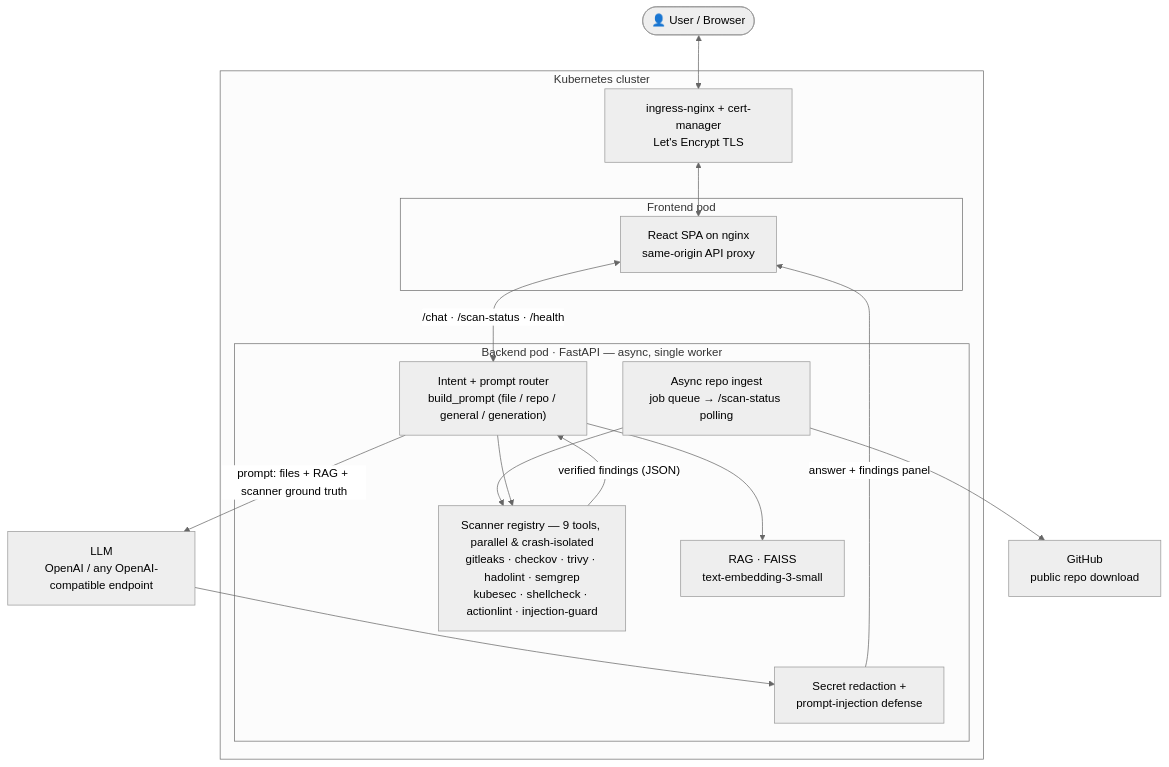
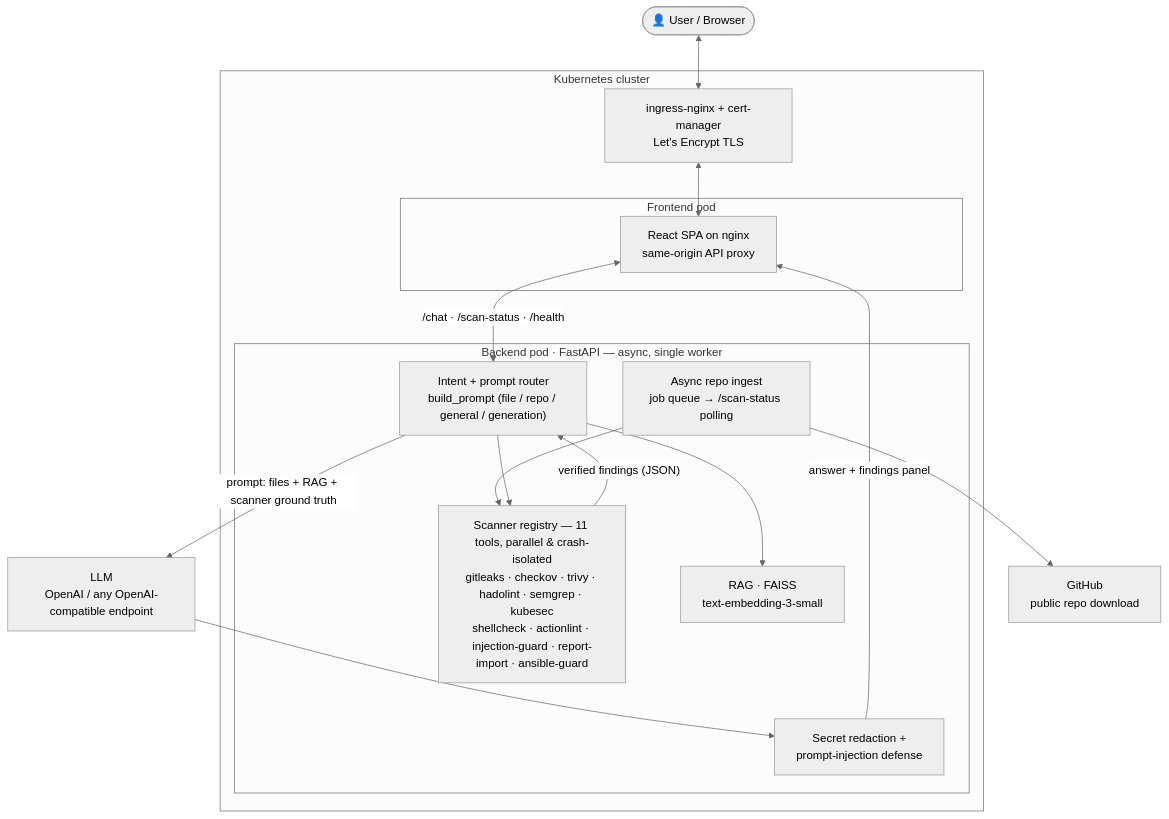
Before and after one commit to ravisinghrajput95/AI-DevSecOps-Sentinel: the first of 2 diagrams in README.md, drawn with Mermaid (neutral theme). The commit also changed other lines of this file and 18 other files, not shown here.

````diff
--- a/README.md
+++ b/README.md
@@ -30,35 +79,35 @@
 ```mermaid
 flowchart TB
     User(["👤 User / Browser"])
 
     subgraph K8S["Kubernetes cluster"]
       Ingress["ingress-nginx + cert-manager<br/>Let's Encrypt TLS"]
 
       subgraph FE["Frontend pod"]
         SPA["React SPA on nginx<br/>same-origin API proxy"]
       end
 
       subgraph BE["Backend pod · FastAPI — async, single worker"]
         Router["Intent + prompt router<br/>build_prompt (file / repo / general / generation)"]
-        Reg["Scanner registry — 9 tools, parallel & crash-isolated<br/>gitleaks · checkov · trivy · hadolint · semgrep<br/>kubesec · shellcheck · actionlint · injection-guard"]
+        Reg["Scanner registry — 11 tools, parallel & crash-isolated<br/>gitleaks · checkov · trivy · hadolint · semgrep · kubesec<br/>shellcheck · actionlint · injection-guard · report-import · ansible-guard"]
         RAG["RAG · FAISS<br/>text-embedding-3-small"]
         Ingest["Async repo ingest<br/>job queue → /scan-status polling"]
         Redact["Secret redaction +<br/>prompt-injection defense"]
       end
     end
 
     LLM["LLM<br/>OpenAI / any OpenAI-compatible endpoint"]
     GH["GitHub<br/>public repo download"]
 
     User <--> Ingress
     Ingress <--> SPA
     SPA <-->|"/chat · /scan-status · /health"| Router
     Ingest --> GH
     Ingest --> Reg
     Router --> RAG
     Router --> Reg
     Reg -->|"verified findings (JSON)"| Router
     Router -->|"prompt: files + RAG + scanner ground truth"| LLM
     LLM --> Redact
     Redact -->|"answer + findings panel"| SPA
 ```
````
